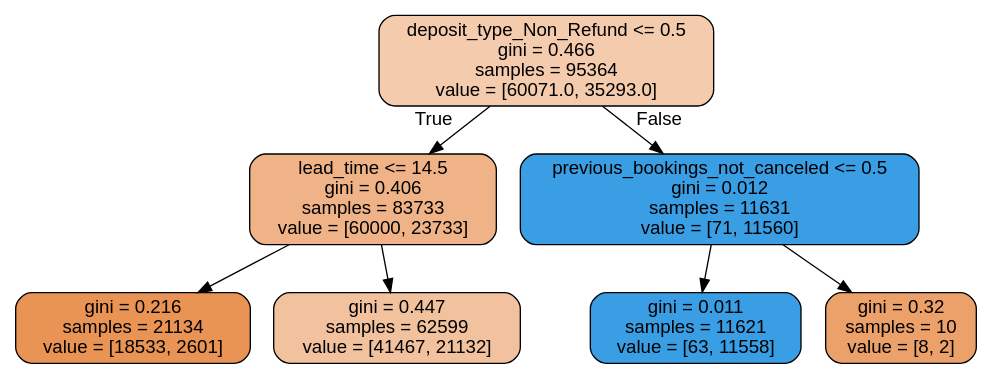
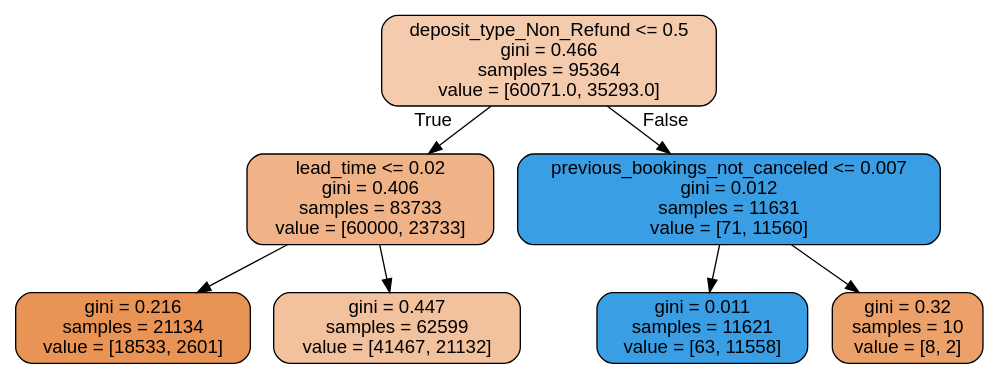
Before and after one commit to millenko/machine_learning_project: the diagram in notebooks/tree.dot, drawn with Graphviz. The commit also changed 18 other files, not shown here.

```diff
--- a/notebooks/tree.dot
+++ b/notebooks/tree.dot
@@ -1,17 +1,17 @@
 digraph Tree {
 node [shape=box, style="filled, rounded", color="black", fontname="helvetica"] ;
 edge [fontname="helvetica"] ;
 0 [label="deposit_type_Non_Refund <= 0.5\ngini = 0.466\nsamples = 95364\nvalue = [60071.0, 35293.0]", fillcolor="#f4cbad"] ;
-1 [label="lead_time <= 14.5\ngini = 0.406\nsamples = 83733\nvalue = [60000, 23733]", fillcolor="#efb387"] ;
+1 [label="lead_time <= 0.02\ngini = 0.406\nsamples = 83733\nvalue = [60000, 23733]", fillcolor="#efb387"] ;
 0 -> 1 [labeldistance=2.5, labelangle=45, headlabel="True"] ;
 2 [label="gini = 0.216\nsamples = 21134\nvalue = [18533, 2601]", fillcolor="#e99355"] ;
 1 -> 2 ;
 3 [label="gini = 0.447\nsamples = 62599\nvalue = [41467, 21132]", fillcolor="#f2c19e"] ;
 1 -> 3 ;
-4 [label="previous_bookings_not_canceled <= 0.5\ngini = 0.012\nsamples = 11631\nvalue = [71, 11560]", fillcolor="#3a9ee5"] ;
+4 [label="previous_bookings_not_canceled <= 0.007\ngini = 0.012\nsamples = 11631\nvalue = [71, 11560]", fillcolor="#3a9ee5"] ;
 0 -> 4 [labeldistance=2.5, labelangle=-45, headlabel="False"] ;
 5 [label="gini = 0.011\nsamples = 11621\nvalue = [63, 11558]", fillcolor="#3a9ee5"] ;
 4 -> 5 ;
 6 [label="gini = 0.32\nsamples = 10\nvalue = [8, 2]", fillcolor="#eca06a"] ;
 4 -> 6 ;
 }
```
